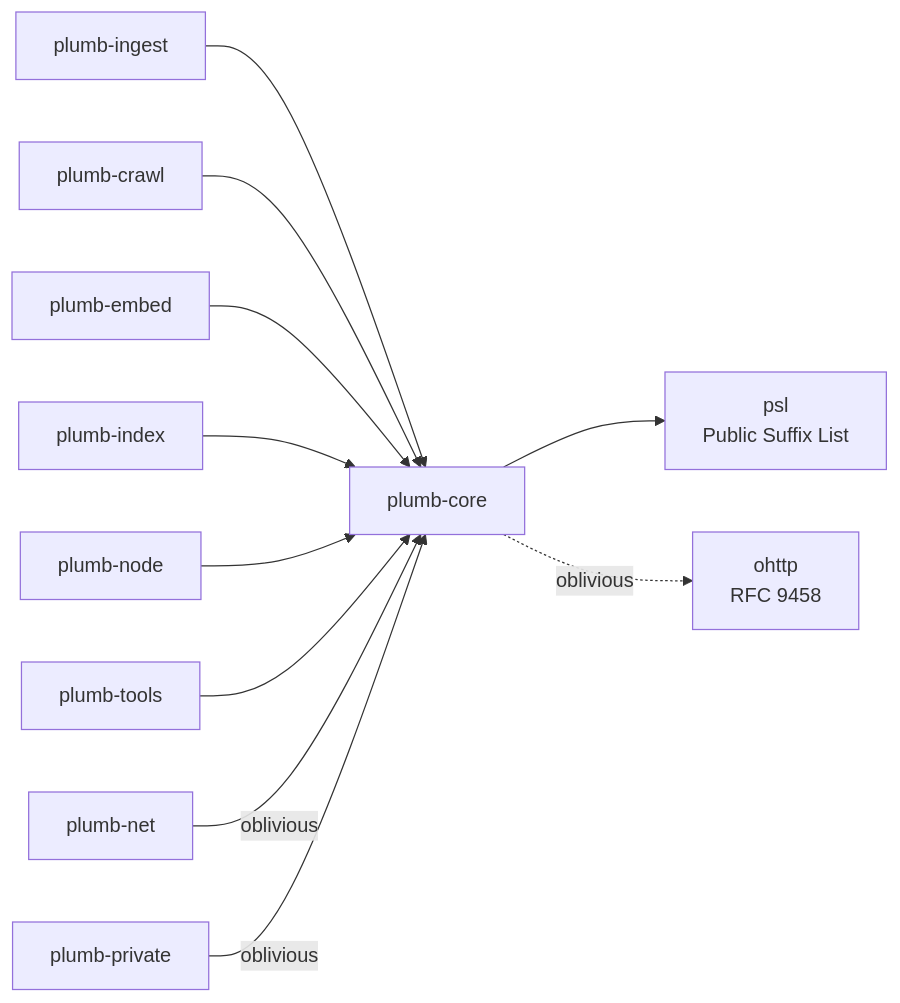
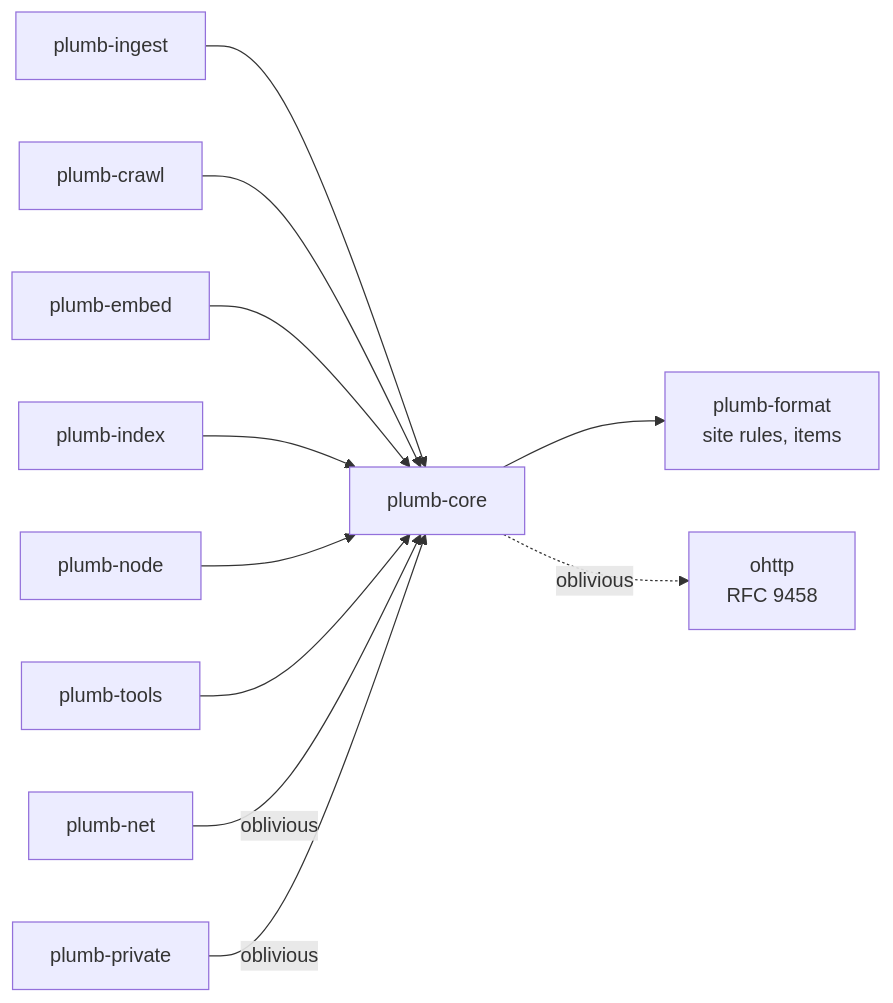
One commit to SueHeir/plumb-search changed the diagram in crates/plumb-core/README.md. Above: the diagram before and after it, drawn with Mermaid. The commit also changed other lines of this file and 13 other files, not shown here.

First line of the commit message:
plumb-core on plumb-format: one site-rules code, sites as items

````diff
--- a/crates/plumb-core/README.md
+++ b/crates/plumb-core/README.md
@@ -17,13 +17,13 @@
 ```mermaid
 flowchart LR
   ingest["plumb-ingest"] --> core
   crawl["plumb-crawl"] --> core
   embed["plumb-embed"] --> core
   index["plumb-index"] --> core
   node["plumb-node"] --> core
   tools["plumb-tools"] --> core
   net["plumb-net"] -->|"oblivious"| core
   private["plumb-private"] -->|"oblivious"| core
-  core["plumb-core"] --> psl["psl<br/>Public Suffix List"]
+  core["plumb-core"] --> format["plumb-format<br/>site rules, items"]
   core -.->|"oblivious"| ohttp["ohttp<br/>RFC 9458"]
 ```
````
